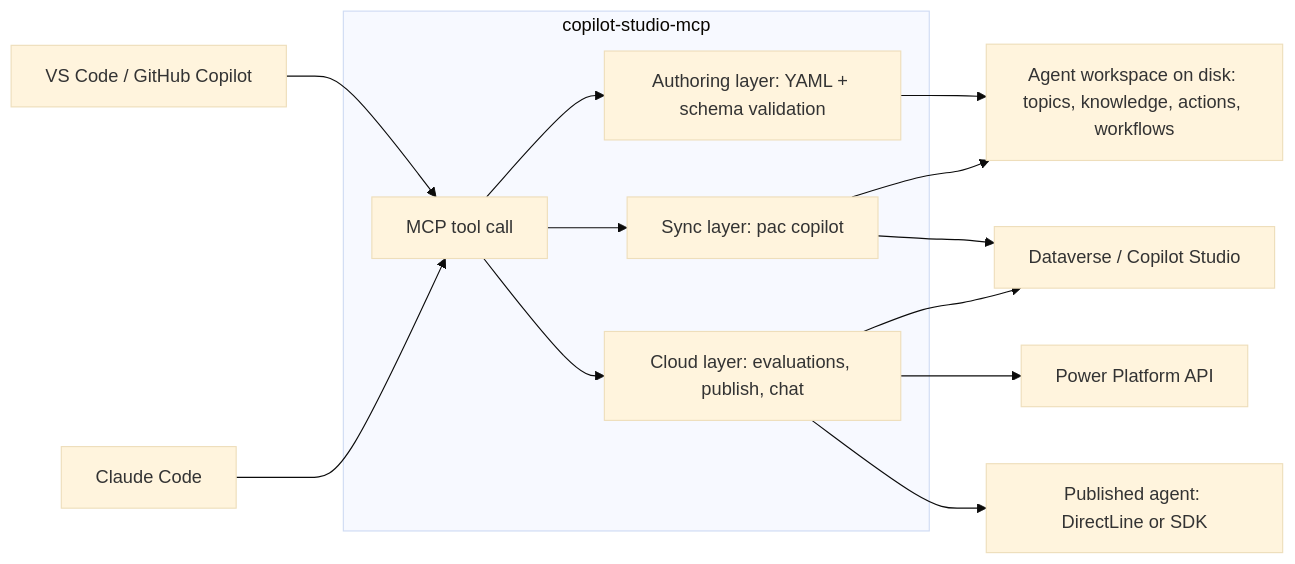
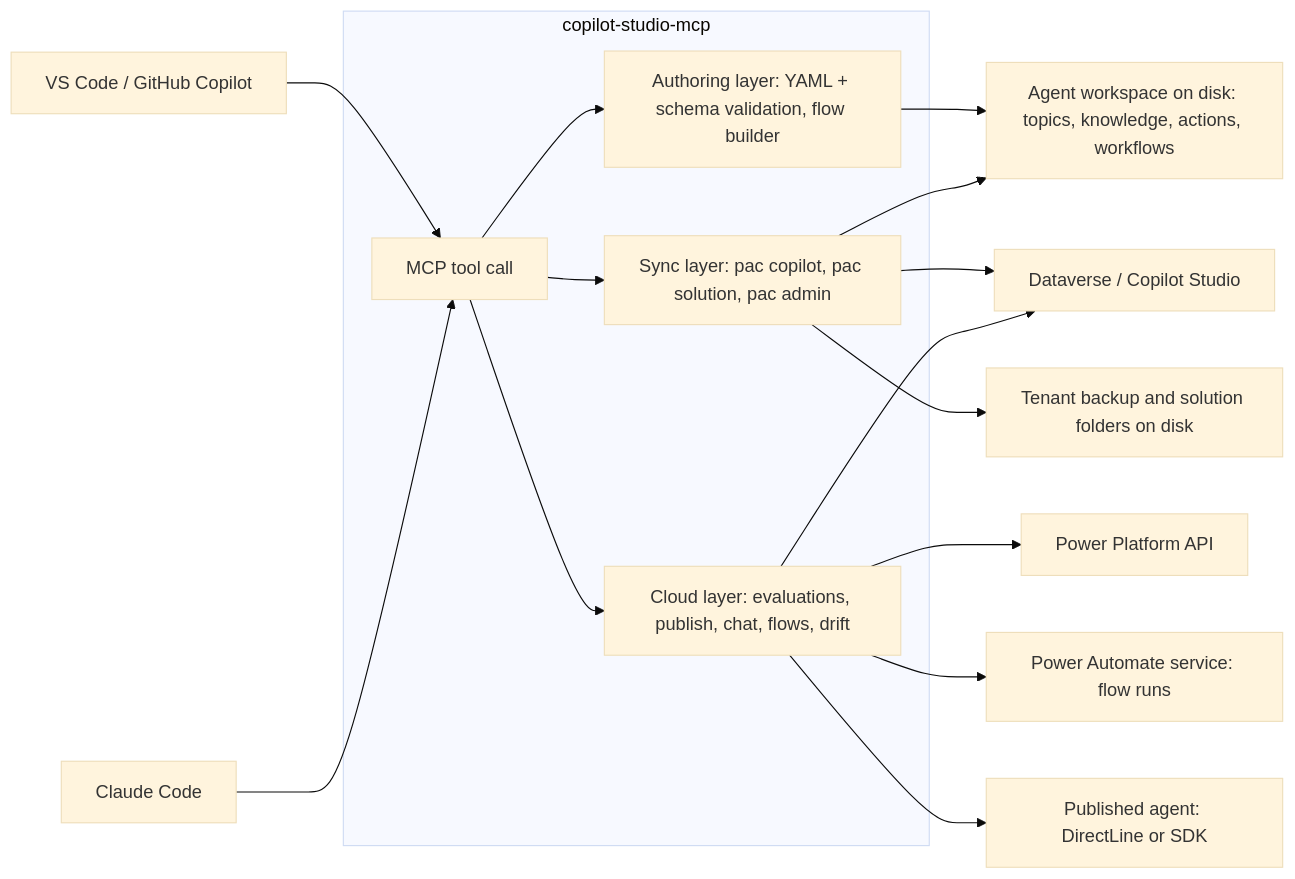
The first of 3 diagrams in README.md (jgt87/copilot-studio-mcp), drawn with Mermaid (base theme) before and after one commit. The commit also changed other lines of this file, not shown here.

````diff
--- a/README.md
+++ b/README.md
@@ -493,16 +517,18 @@
 ```mermaid
 flowchart LR
     VS["VS Code / GitHub Copilot"] --> TOOLS
     CC["Claude Code"] --> TOOLS
     subgraph SERVER["copilot-studio-mcp"]
-        TOOLS["MCP tool call"] --> SYNC["Sync layer: pac copilot"]
-        TOOLS --> AUTH["Authoring layer: YAML + schema validation"]
-        TOOLS --> CLOUD["Cloud layer: evaluations, publish, chat"]
+        TOOLS["MCP tool call"] --> SYNC["Sync layer: pac copilot, pac solution, pac admin"]
+        TOOLS --> AUTH["Authoring layer: YAML + schema validation, flow builder"]
+        TOOLS --> CLOUD["Cloud layer: evaluations, publish, chat, flows, drift"]
     end
     AUTH --> WS["Agent workspace on disk: topics, knowledge, actions, workflows"]
     SYNC --> WS
     SYNC --> DV["Dataverse / Copilot Studio"]
+    SYNC --> BACKUP["Tenant backup and solution folders on disk"]
     CLOUD --> PPAPI["Power Platform API"]
     CLOUD --> DV
+    CLOUD --> FLOW["Power Automate service: flow runs"]
     CLOUD --> DL["Published agent: DirectLine or SDK"]
 ```
````
